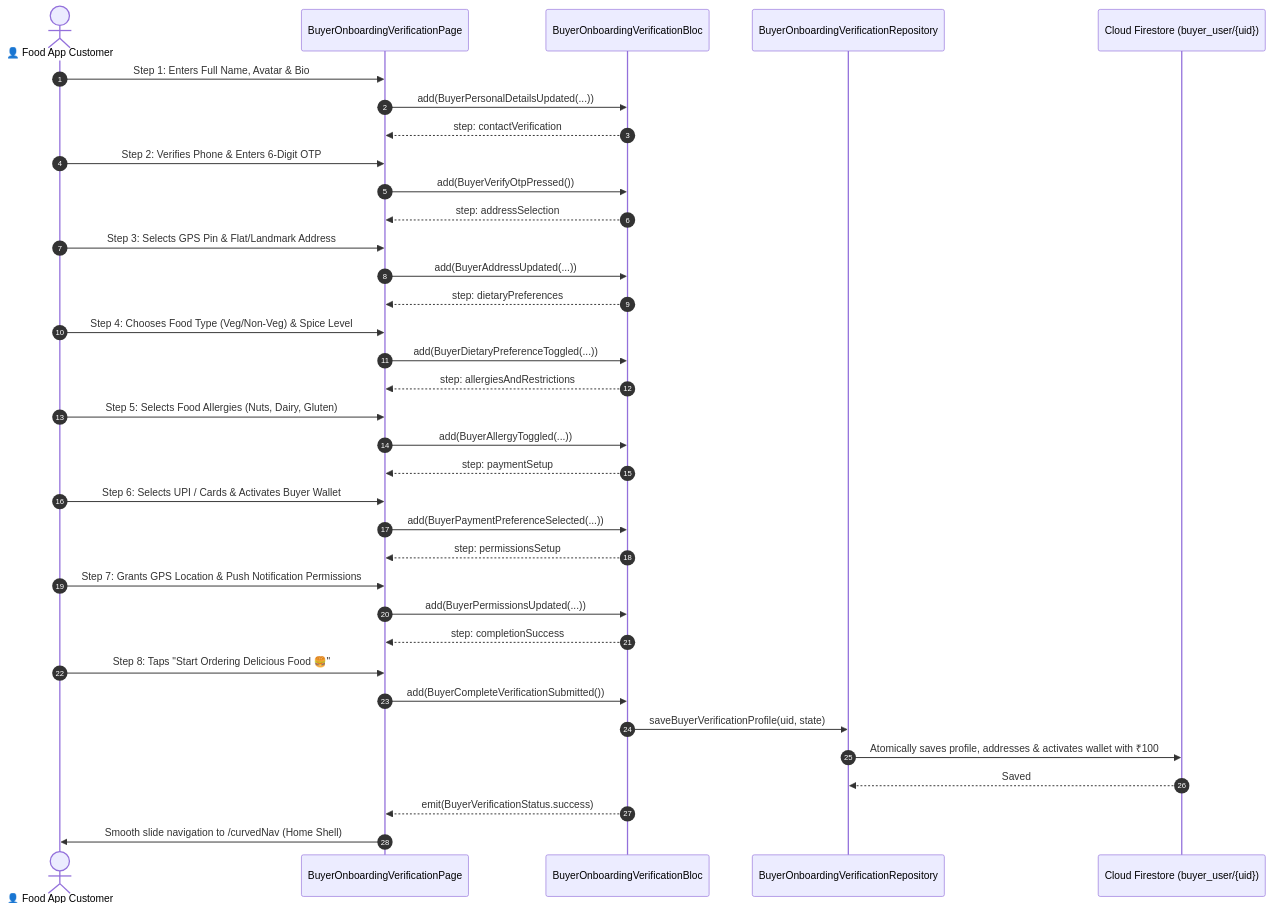
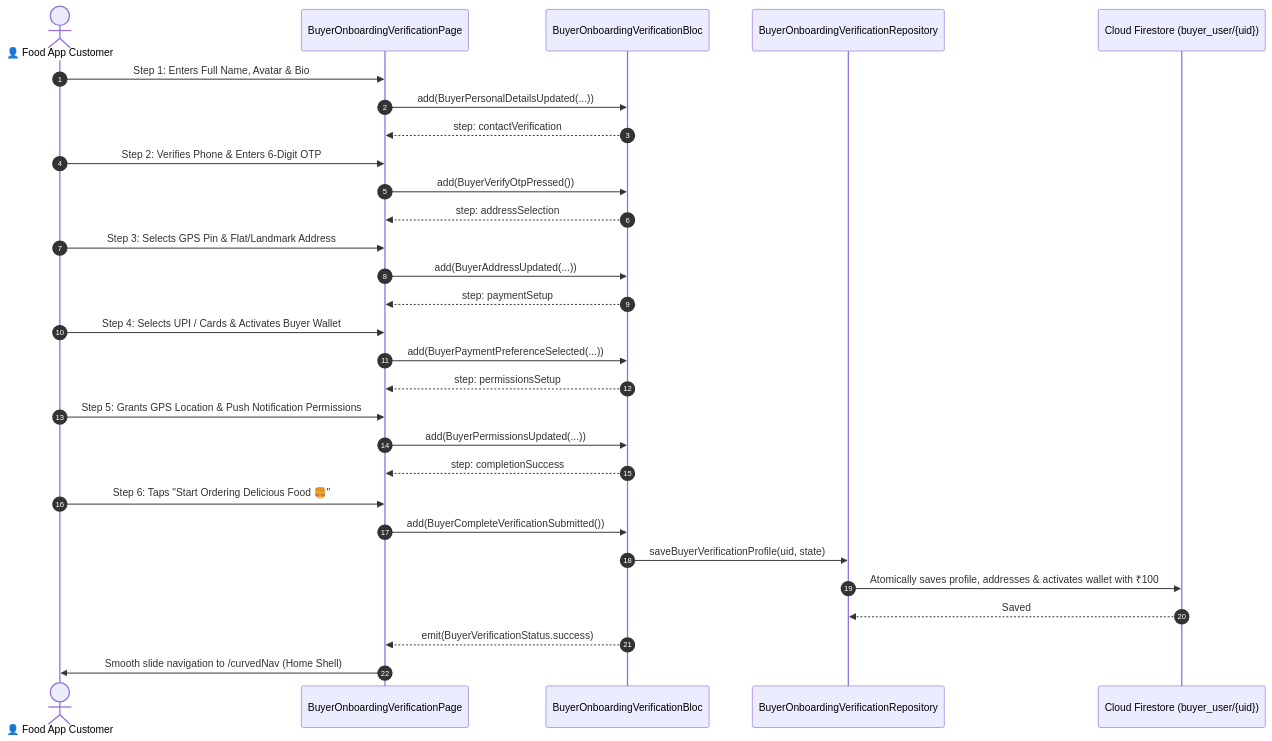
One commit to SRIKUMAR10/food_delivery_app changed the diagram in .md_files/05_Buyer_Human_Journey_And_Testing/01_Auth_And_Onboarding/06_BUYER_VERIFICATION_WIZARD_PAGE.md. Above: the diagram before and after it, drawn with Mermaid. The commit also changed other lines of this file and 122 other files, not shown here.

````diff
--- a/.md_files/05_Buyer_Human_Journey_And_Testing/01_Auth_And_Onboarding/06_BUYER_VERIFICATION_WIZARD_PAGE.md
+++ b/.md_files/05_Buyer_Human_Journey_And_Testing/01_Auth_And_Onboarding/06_BUYER_VERIFICATION_WIZARD_PAGE.md
@@ -16,45 +16,37 @@
 ```mermaid
 sequenceDiagram
     autonumber
     actor Buyer as 👤 Food App Customer
     participant UI as BuyerOnboardingVerificationPage
     participant Bloc as BuyerOnboardingVerificationBloc
     participant Repo as BuyerOnboardingVerificationRepository
     participant FS as Cloud Firestore (buyer_user/{uid})
 
     Buyer->>UI: Step 1: Enters Full Name, Avatar & Bio
     UI->>Bloc: add(BuyerPersonalDetailsUpdated(...))
     Bloc-->>UI: step: contactVerification
 
     Buyer->>UI: Step 2: Verifies Phone & Enters 6-Digit OTP
     UI->>Bloc: add(BuyerVerifyOtpPressed())
     Bloc-->>UI: step: addressSelection
 
     Buyer->>UI: Step 3: Selects GPS Pin & Flat/Landmark Address
     UI->>Bloc: add(BuyerAddressUpdated(...))
-    Bloc-->>UI: step: dietaryPreferences
-
-    Buyer->>UI: Step 4: Chooses Food Type (Veg/Non-Veg) & Spice Level
-    UI->>Bloc: add(BuyerDietaryPreferenceToggled(...))
-    Bloc-->>UI: step: allergiesAndRestrictions
-
-    Buyer->>UI: Step 5: Selects Food Allergies (Nuts, Dairy, Gluten)
-    UI->>Bloc: add(BuyerAllergyToggled(...))
     Bloc-->>UI: step: paymentSetup
 
-    Buyer->>UI: Step 6: Selects UPI / Cards & Activates Buyer Wallet
+    Buyer->>UI: Step 4: Selects UPI / Cards & Activates Buyer Wallet
     UI->>Bloc: add(BuyerPaymentPreferenceSelected(...))
     Bloc-->>UI: step: permissionsSetup
 
-    Buyer->>UI: Step 7: Grants GPS Location & Push Notification Permissions
+    Buyer->>UI: Step 5: Grants GPS Location & Push Notification Permissions
     UI->>Bloc: add(BuyerPermissionsUpdated(...))
     Bloc-->>UI: step: completionSuccess
 
-    Buyer->>UI: Step 8: Taps "Start Ordering Delicious Food 🍔"
+    Buyer->>UI: Step 6: Taps "Start Ordering Delicious Food 🍔"
     UI->>Bloc: add(BuyerCompleteVerificationSubmitted())
     Bloc->>Repo: saveBuyerVerificationProfile(uid, state)
     Repo->>FS: Atomically saves profile, addresses & activates wallet with ₹100
     FS-->>Repo: Saved
     Bloc-->>UI: emit(BuyerVerificationStatus.success)
     UI->>Buyer: Smooth slide navigation to /curvedNav (Home Shell)
 ```
````
